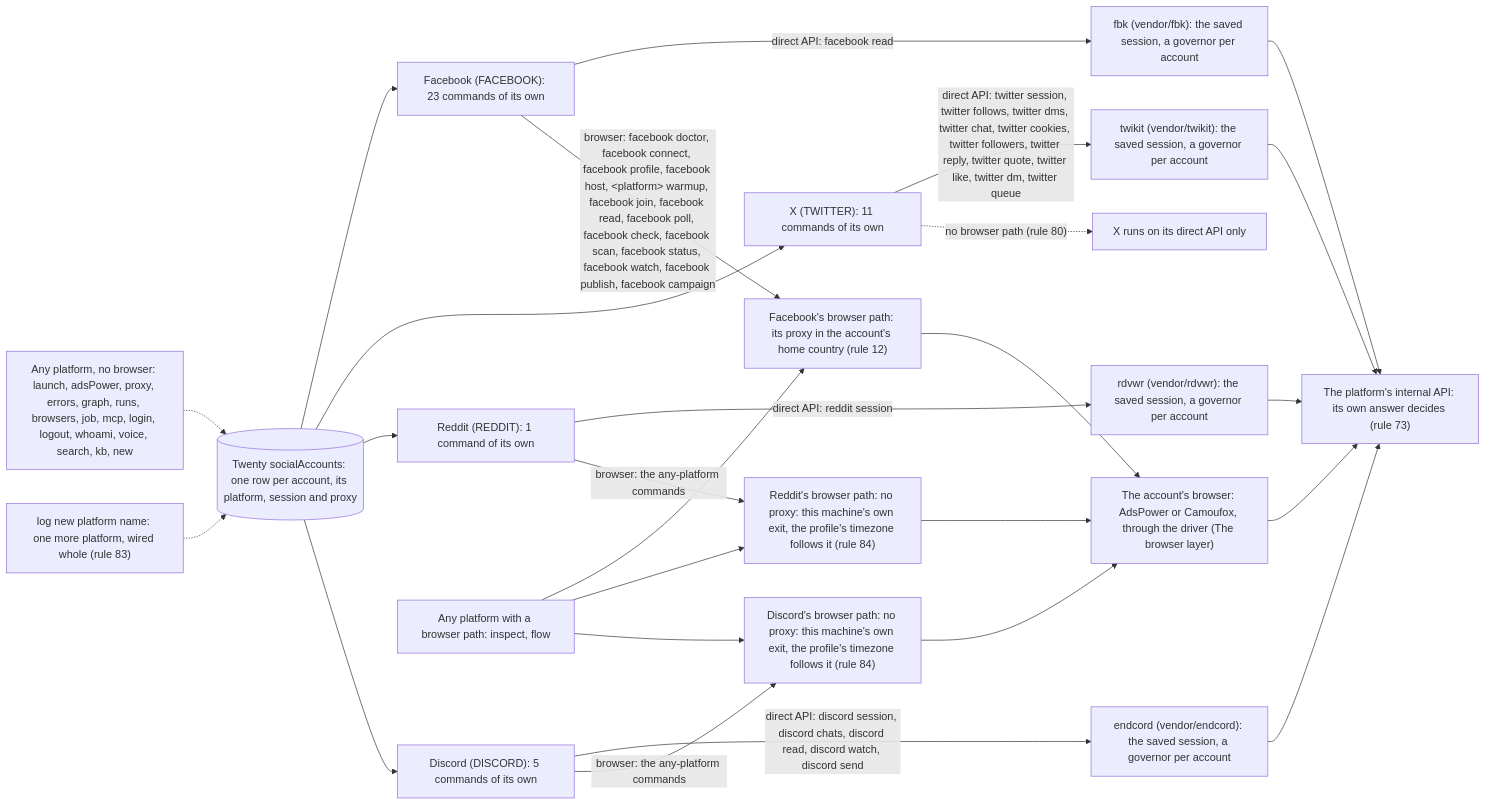
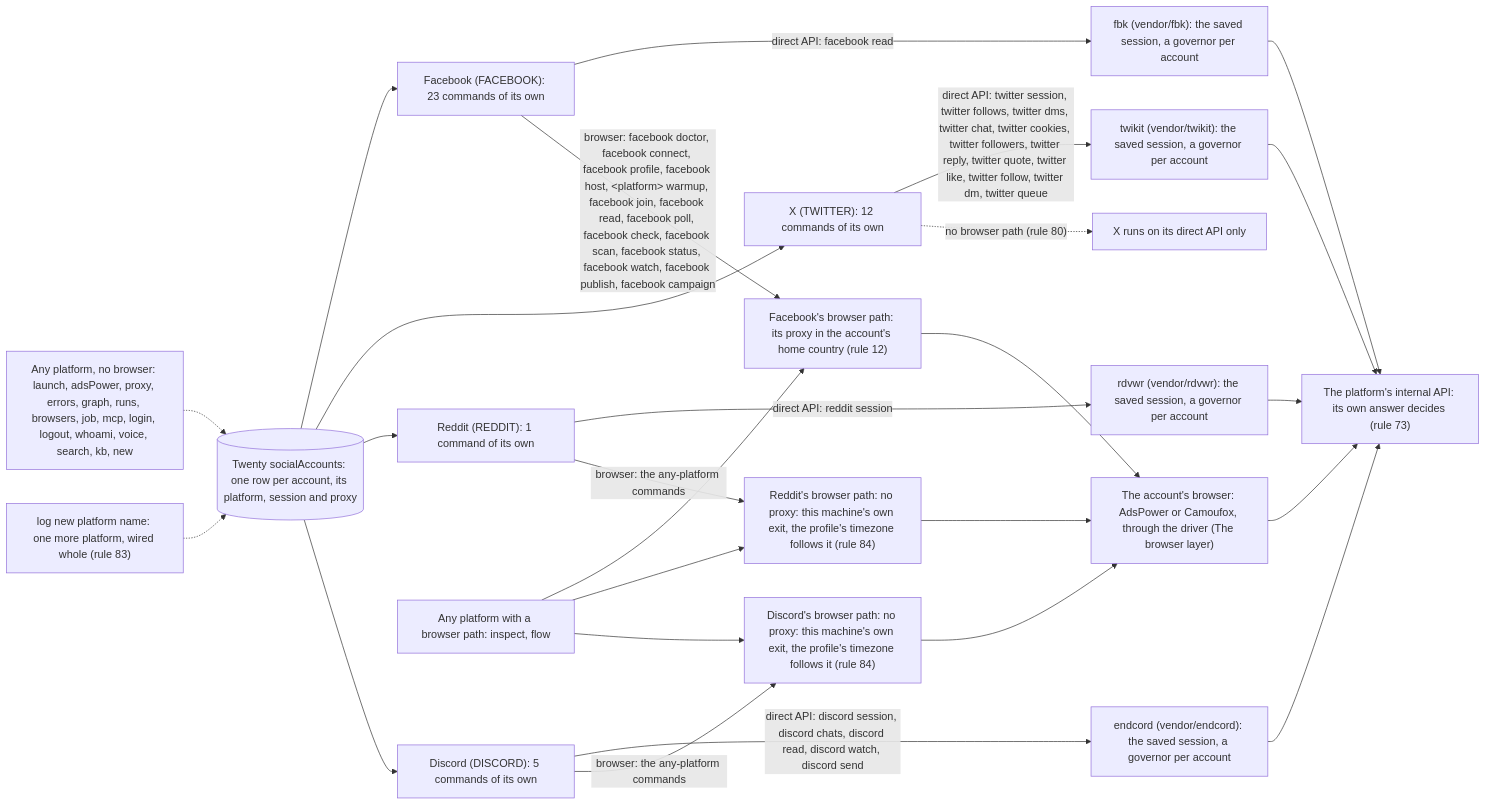
The first of 6 diagrams in README.md (matthewdonsemail-lab/log), drawn with Mermaid before and after one commit. The commit also changed other lines of this file and 19 other files, not shown here.

Commit message:
log twitter follow, and the network-maxing play

````diff
--- a/README.md
+++ b/README.md
@@ -126,37 +126,37 @@
 ```mermaid
 flowchart LR
   twenty[("Twenty socialAccounts: one row per account, its platform, session and proxy")]
   api["The platform's internal API: its own answer decides (rule 73)"]
   drivers["The account's browser: AdsPower or Camoufox, through the driver (The browser layer)"]
   p_facebook["Facebook (FACEBOOK): 23 commands of its own"]
   twenty --> p_facebook
   p_facebook -->|"direct API: facebook read"| e_fbk["fbk (vendor/fbk): the saved session, a governor per account"]
   e_fbk --> api
   p_facebook -->|"browser: facebook doctor, facebook connect, facebook profile, facebook host, #lt;platform#gt; warmup, facebook join, facebook read, facebook poll, facebook check, facebook scan, facebook status, facebook watch, facebook publish, facebook campaign"| b_facebook["Facebook's browser path: its proxy in the account's home country (rule 12)"]
   b_facebook --> drivers
-  p_twitter["X (TWITTER): 11 commands of its own"]
+  p_twitter["X (TWITTER): 12 commands of its own"]
   twenty --> p_twitter
-  p_twitter -->|"direct API: twitter session, twitter follows, twitter dms, twitter chat, twitter cookies, twitter followers, twitter reply, twitter quote, twitter like, twitter dm, twitter queue"| e_twikit["twikit (vendor/twikit): the saved session, a governor per account"]
+  p_twitter -->|"direct API: twitter session, twitter follows, twitter dms, twitter chat, twitter cookies, twitter followers, twitter reply, twitter quote, twitter like, twitter follow, twitter dm, twitter queue"| e_twikit["twikit (vendor/twikit): the saved session, a governor per account"]
   e_twikit --> api
   p_twitter -.->|"no browser path (rule 80)"| nob_twitter["X runs on its direct API only"]
   p_reddit["Reddit (REDDIT): 1 command of its own"]
   twenty --> p_reddit
   p_reddit -->|"direct API: reddit session"| e_rdvwr["rdvwr (vendor/rdvwr): the saved session, a governor per account"]
   e_rdvwr --> api
   p_reddit -->|"browser: the any-platform commands"| b_reddit["Reddit's browser path: no proxy: this machine's own exit, the profile's timezone follows it (rule 84)"]
   b_reddit --> drivers
   p_discord["Discord (DISCORD): 5 commands of its own"]
   twenty --> p_discord
   p_discord -->|"direct API: discord session, discord chats, discord read, discord watch, discord send"| e_endcord["endcord (vendor/endcord): the saved session, a governor per account"]
   e_endcord --> api
   p_discord -->|"browser: the any-platform commands"| b_discord["Discord's browser path: no proxy: this machine's own exit, the profile's timezone follows it (rule 84)"]
   b_discord --> drivers
   anyB["Any platform with a browser path: inspect, flow"]
   anyB --> b_facebook
   anyB --> b_reddit
   anyB --> b_discord
   anyN["Any platform, no browser: launch, adsPower, proxy, errors, graph, runs, browsers, job, mcp, login, logout, whoami, voice, search, kb, new"]
   anyN -.-> twenty
   newP["log new platform name: one more platform, wired whole (rule 83)"] -.-> twenty
   drivers --> api
 ```
````
